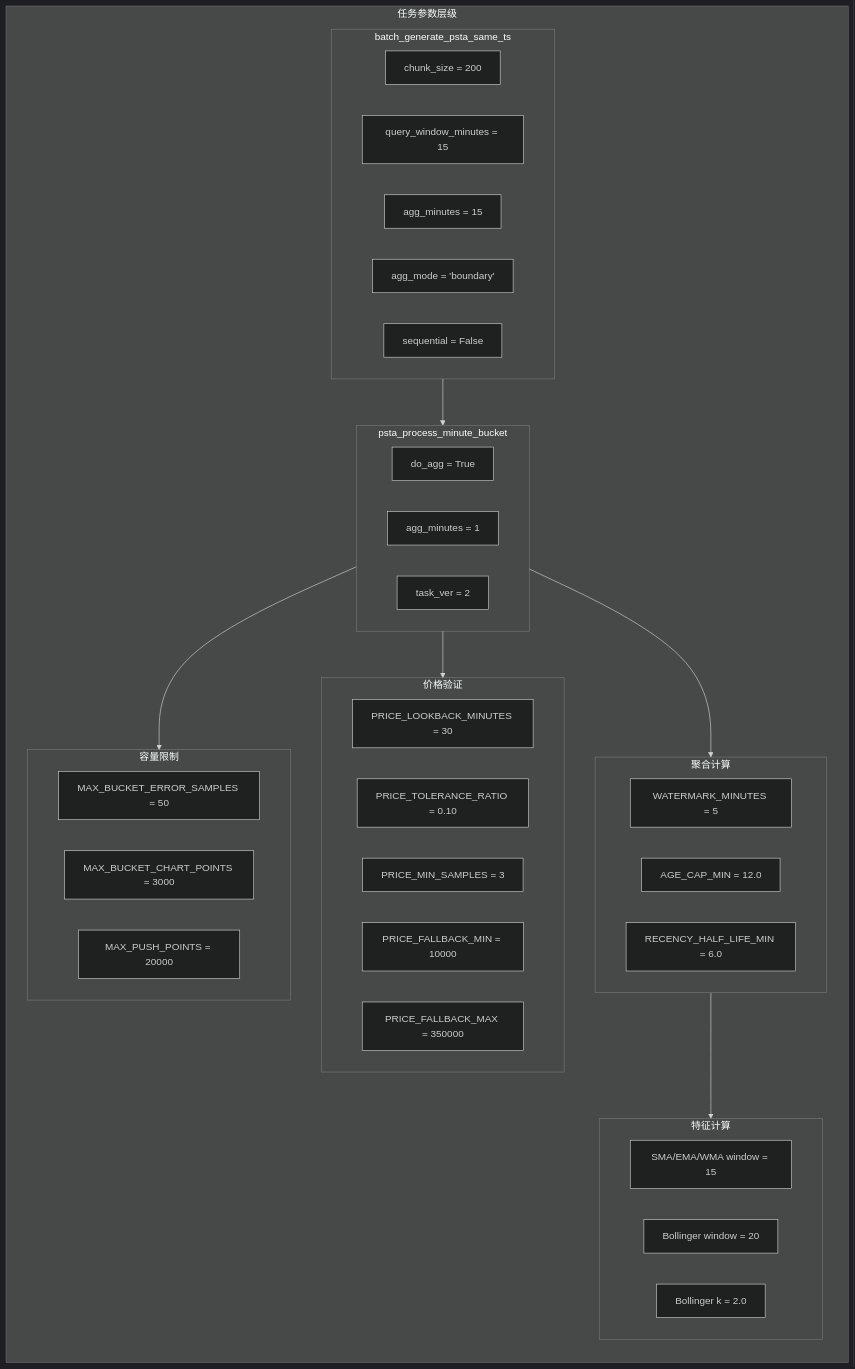
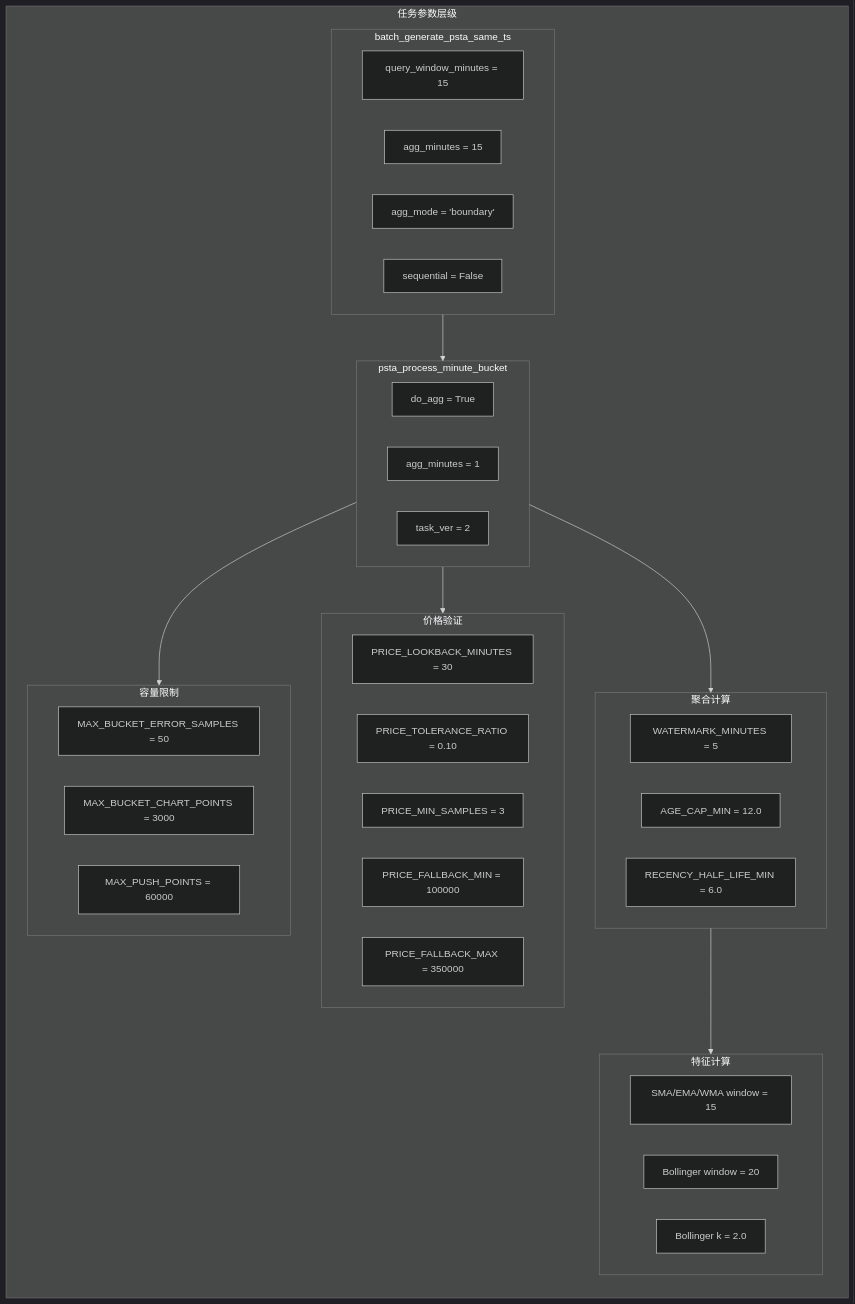
Before and after one commit to zhujiansamuel/YamagotiProjects: the sixth of 6 diagrams in docs/TIMESTAMP_ALIGNMENT_TASK_FLOWCHART.md, drawn with Mermaid (dark theme). The commit also changed other lines of this file and 1 other file, not shown here.

Commit message:
refactor: update timestamp alignment task parameters
Changes:
- Remove unused chunk_size parameter (add **_compat for backward compatibility)
- Increase MAX_PUSH_POINTS from 20000 to 60000
- Increase PRICE_MIN from 10000 to 100000
- Increase PRICE_FALLBACK_MIN from 10000 to 100000
- Update documentation to reflect parameter changes

https://claude.ai/code/session_01KcGNxK6Zv5xtUeT9EjTh3k

````diff
--- a/docs/TIMESTAMP_ALIGNMENT_TASK_FLOWCHART.md
+++ b/docs/TIMESTAMP_ALIGNMENT_TASK_FLOWCHART.md
@@ -342,52 +342,51 @@
 ```mermaid
 flowchart TB
     subgraph TaskParams["任务参数层级"]
         direction TB
 
         subgraph Parent["batch_generate_psta_same_ts"]
-            P1["chunk_size = 200"]
-            P2["query_window_minutes = 15"]
-            P3["agg_minutes = 15"]
-            P4["agg_mode = 'boundary'"]
-            P5["sequential = False"]
+            P1["query_window_minutes = 15"]
+            P2["agg_minutes = 15"]
+            P3["agg_mode = 'boundary'"]
+            P4["sequential = False"]
         end
 
         subgraph Child["psta_process_minute_bucket"]
             C1["do_agg = True"]
             C2["agg_minutes = 1"]
             C3["task_ver = 2"]
         end
 
         subgraph Limits["容量限制"]
             L1["MAX_BUCKET_ERROR_SAMPLES = 50"]
             L2["MAX_BUCKET_CHART_POINTS = 3000"]
-            L3["MAX_PUSH_POINTS = 20000"]
+            L3["MAX_PUSH_POINTS = 60000"]
         end
 
         subgraph Price["价格验证"]
             PR1["PRICE_LOOKBACK_MINUTES = 30"]
             PR2["PRICE_TOLERANCE_RATIO = 0.10"]
             PR3["PRICE_MIN_SAMPLES = 3"]
-            PR4["PRICE_FALLBACK_MIN = 10000"]
+            PR4["PRICE_FALLBACK_MIN = 100000"]
             PR5["PRICE_FALLBACK_MAX = 350000"]
         end
 
         subgraph Agg["聚合计算"]
             A1["WATERMARK_MINUTES = 5"]
             A2["AGE_CAP_MIN = 12.0"]
             A3["RECENCY_HALF_LIFE_MIN = 6.0"]
         end
 
         subgraph Features["特征计算"]
             F1["SMA/EMA/WMA window = 15"]
             F2["Bollinger window = 20"]
             F3["Bollinger k = 2.0"]
         end
     end
 
     Parent --> Child
     Child --> Limits
     Child --> Price
     Child --> Agg
     Agg --> Features
 ```
````
